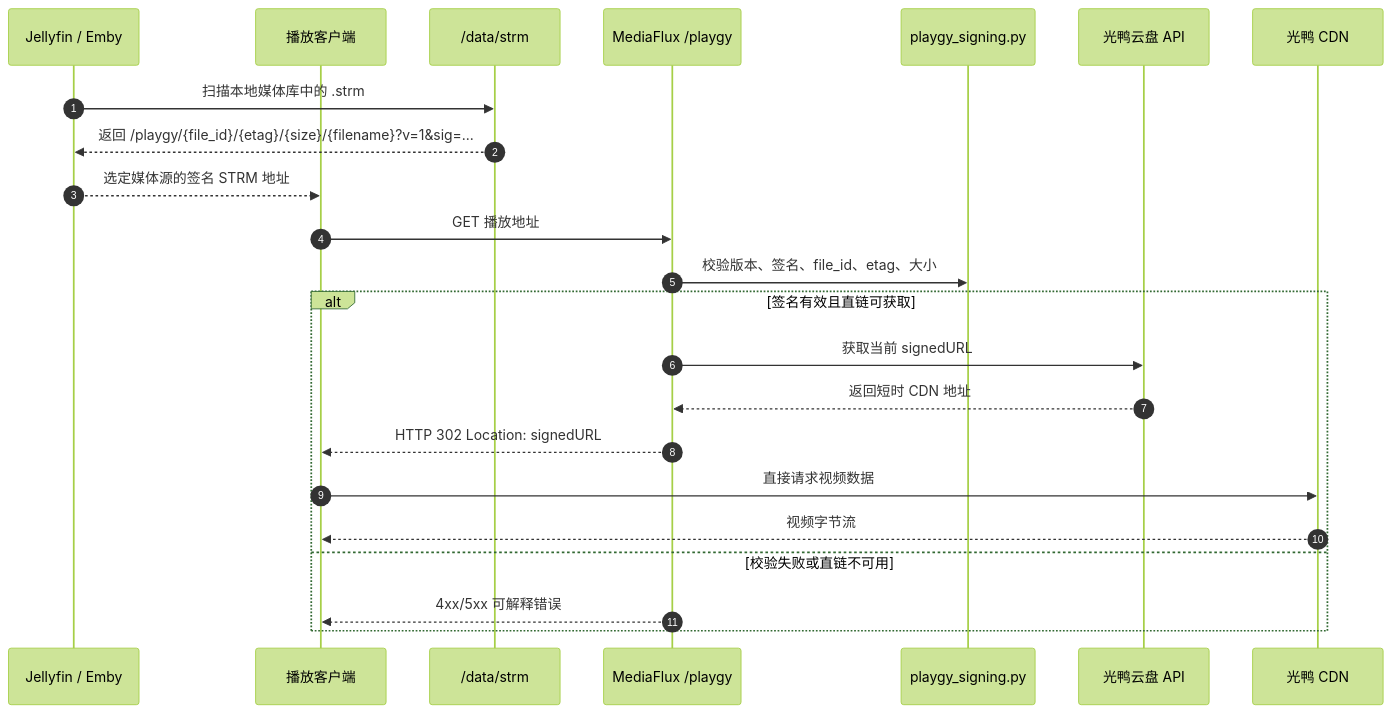
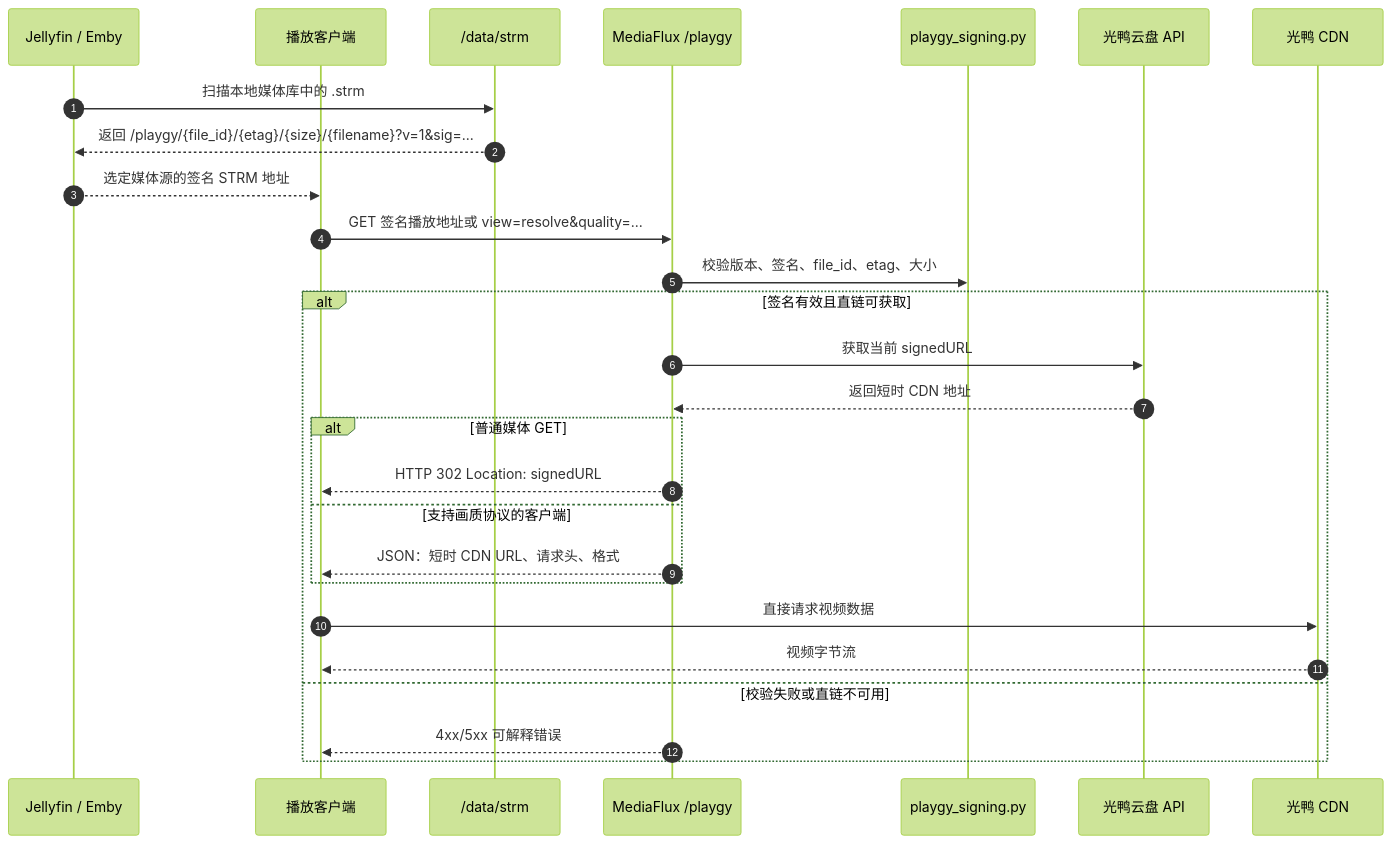
One commit to li88iioo/MediaFlux changed the third of 6 diagrams in docs/项目全链路拓扑图.md. Above: the diagram before and after it, drawn with Mermaid (forest theme). The commit also changed other lines of this file and 5 other files, not shown here.

````diff
--- a/docs/项目全链路拓扑图.md
+++ b/docs/项目全链路拓扑图.md
@@ -255,26 +256,30 @@
 ```mermaid
 sequenceDiagram
     autonumber
     participant MS as Jellyfin / Emby
     participant C as 播放客户端
     participant SF as /data/strm
     participant MF as MediaFlux /playgy
     participant SIG as playgy_signing.py
     participant GY as 光鸭云盘 API
     participant CDN as 光鸭 CDN
 
     MS->>SF: 扫描本地媒体库中的 .strm
     SF-->>MS: 返回 /playgy/{file_id}/{etag}/{size}/{filename}?v=1&sig=...
     MS-->>C: 选定媒体源的签名 STRM 地址
-    C->>MF: GET 播放地址
+    C->>MF: GET 签名播放地址或 view=resolve&quality=...
     MF->>SIG: 校验版本、签名、file_id、etag、大小
     alt 签名有效且直链可获取
         MF->>GY: 获取当前 signedURL
         GY-->>MF: 返回短时 CDN 地址
-        MF-->>C: HTTP 302 Location: signedURL
+        alt 普通媒体 GET
+            MF-->>C: HTTP 302 Location: signedURL
+        else 支持画质协议的客户端
+            MF-->>C: JSON：短时 CDN URL、请求头、格式
+        end
         C->>CDN: 直接请求视频数据
         CDN-->>C: 视频字节流
     else 校验失败或直链不可用
         MF-->>C: 4xx/5xx 可解释错误
     end
 ```
````
